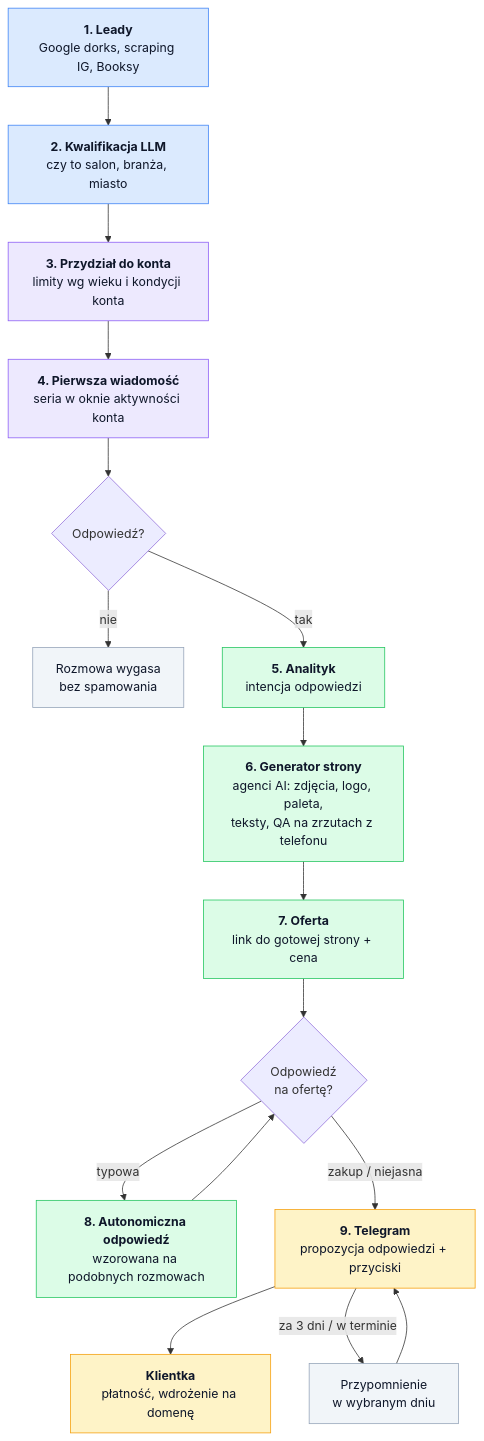
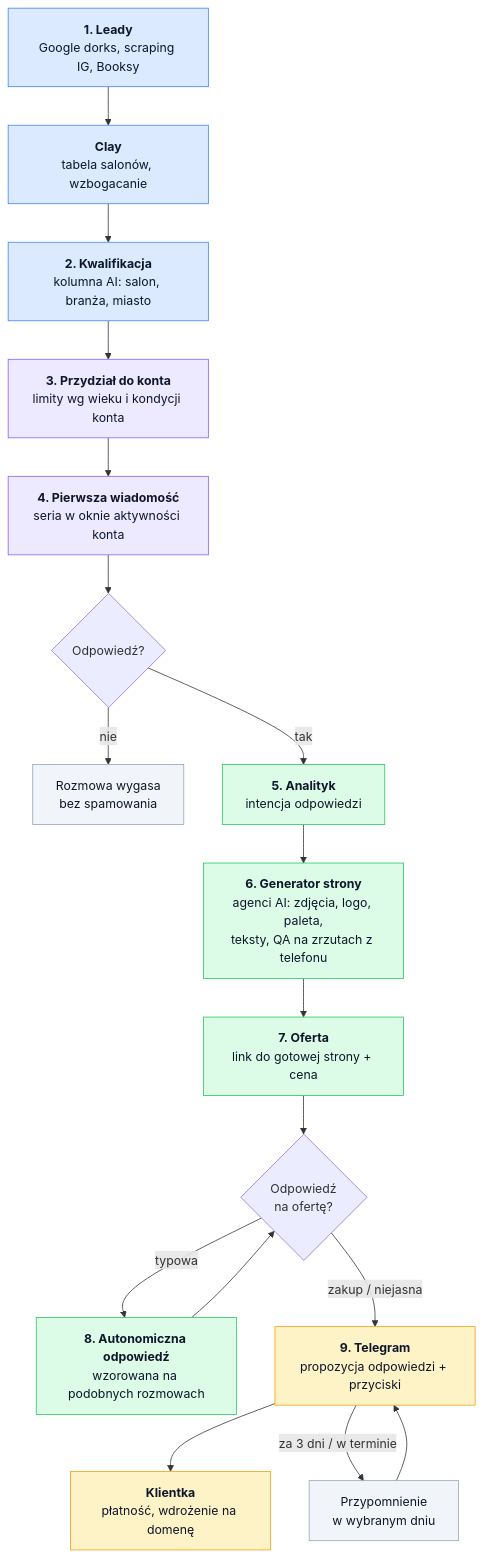
Before and after one commit to patrykolech/ai-sales-system-instagram: the diagram in README.md, drawn with Mermaid. The commit also changed other lines of this file, not shown here.

Commit message:
README: Clay jako tabela salonow, wzbogacanie i statusy lejka

````diff
--- a/README.md
+++ b/README.md
@@ -21,29 +21,30 @@
 ```mermaid
 flowchart TD
-    A["<b>1. Leady</b><br/>Google dorks, scraping IG, Booksy"] --> B["<b>2. Kwalifikacja LLM</b><br/>czy to salon, branża, miasto"]
+    A["<b>1. Leady</b><br/>Google dorks, scraping IG, Booksy"] --> CL["<b>Clay</b><br/>tabela salonów, wzbogacanie"]
+    CL --> B["<b>2. Kwalifikacja</b><br/>kolumna AI: salon, branża, miasto"]
     B --> C["<b>3. Przydział do konta</b><br/>limity wg wieku i kondycji konta"]
     C --> D["<b>4. Pierwsza wiadomość</b><br/>seria w oknie aktywności konta"]
     D --> E{"Odpowiedź?"}
     E -- nie --> F["Rozmowa wygasa<br/>bez spamowania"]
     E -- tak --> G["<b>5. Analityk</b><br/>intencja odpowiedzi"]
     G --> H["<b>6. Generator strony</b><br/>agenci AI: zdjęcia, logo, paleta,<br/>teksty, QA na zrzutach z telefonu"]
     H --> I["<b>7. Oferta</b><br/>link do gotowej strony + cena"]
     I --> J{"Odpowiedź<br/>na ofertę?"}
     J -- "typowa" --> K["<b>8. Autonomiczna odpowiedź</b><br/>wzorowana na podobnych rozmowach"]
     J -- "zakup / niejasna" --> L["<b>9. Telegram</b><br/>propozycja odpowiedzi + przyciski"]
     K --> J
     L --> M["<b>Klientka</b><br/>płatność, wdrożenie na domenę"]
     L -- "za 3 dni / w terminie" --> N["Przypomnienie<br/>w wybranym dniu"]
     N --> L
 
     classDef dane fill:#dbeafe,stroke:#3b82f6,color:#0f172a
     classDef konta fill:#ede9fe,stroke:#8b5cf6,color:#0f172a
     classDef ai fill:#dcfce7,stroke:#22c55e,color:#0f172a
     classDef sprzedaz fill:#fef3c7,stroke:#f59e0b,color:#0f172a
     classDef boczne fill:#f1f5f9,stroke:#94a3b8,color:#0f172a
-    class A,B dane
+    class A,B,CL dane
     class C,D konta
     class G,H,I,K ai
     class L,M sprzedaz
     class F,N boczne
 ```
````
